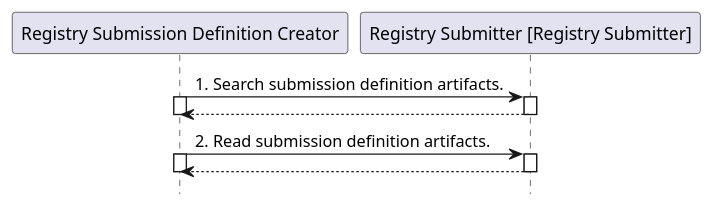
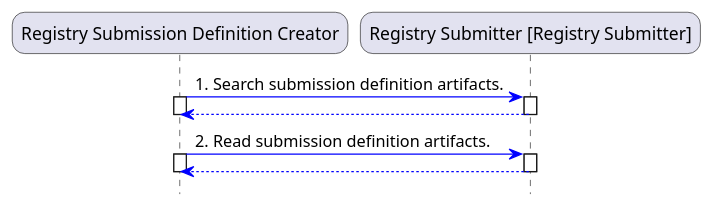
Before and after one commit to HL7/fhir-registry-protocols-ig: the diagram in input/images-source/usecase-ReadSubmission-processflow.plantuml, drawn with PlantUML. The commit also changed 11 other files, not shown here.

```diff
--- a/input/images-source/usecase-ReadSubmission-processflow.plantuml
+++ b/input/images-source/usecase-ReadSubmission-processflow.plantuml
@@ -4,17 +4,36 @@
 @startuml
 hide footbox
+skinparam usecase {
+backgroundColor DeepSkyBlue
+BorderColor DarkSlateGray
+ArrowColor Blue
+}
+
+skinparam Note {
+BackgroundColor LightBlue
+BorderColor Blue
+}
+
+skinparam roundcorner 20
+
+skinparam Component {
+FontName Arial
+Style awesome
+BorderColor DeepSkyBlue
+BackgroundColor LightBlue
+}
 participant "Registry Submission Definition Creator" as RSDC
 participant "Registry Submitter [Registry Submitter]" as RS
 "RSDC" -> "RS" : 1. Search submission definition artifacts.
 activate "RSDC"
 activate "RS"
 return
 deactivate "RSDC"
 deactivate "RS"
 "RSDC" -> "RS" : 2. Read submission definition artifacts.
 activate "RSDC"
 activate "RS"
 return
 deactivate "RSDC"
 deactivate "RS"
 @enduml
```
